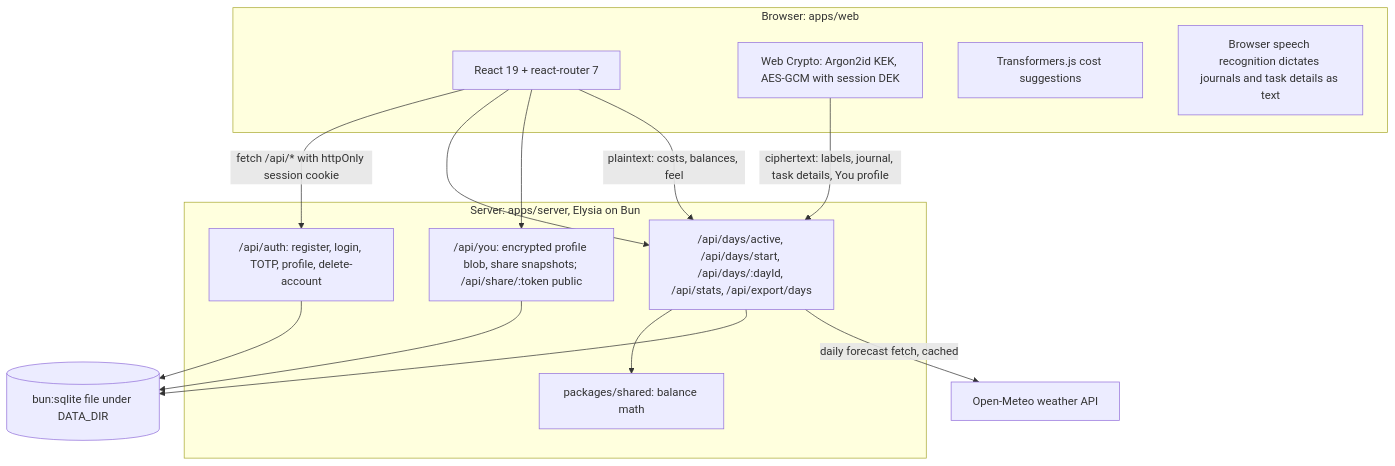
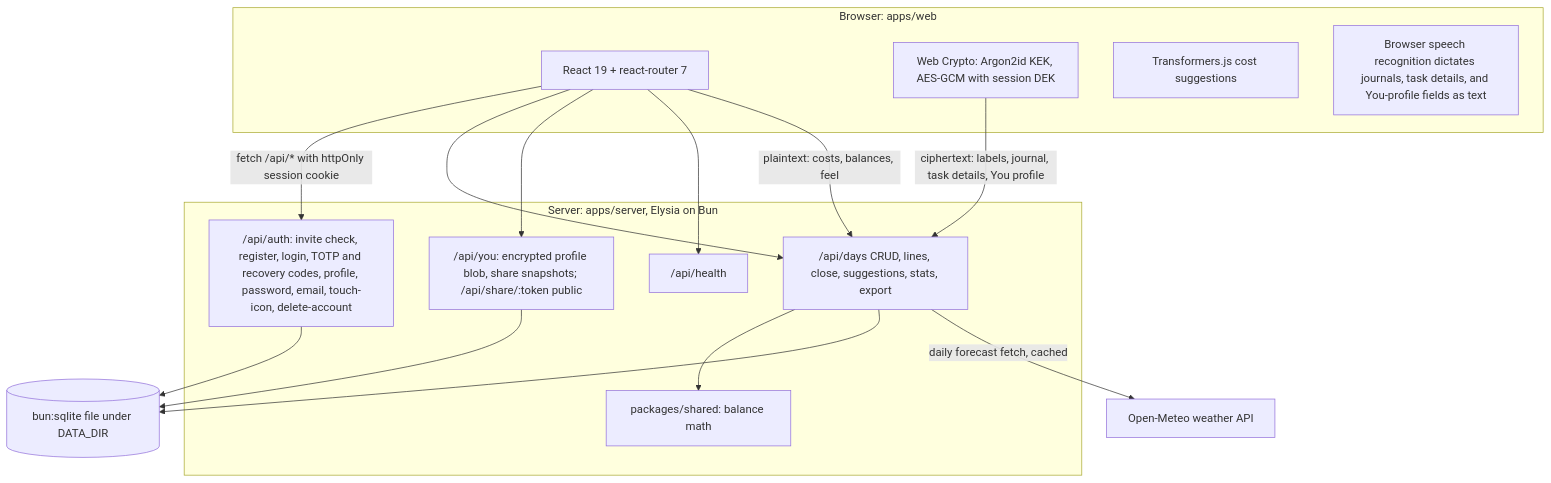
The first of 2 diagrams in ARCHITECTURE.md (97115104/energyaccounting), drawn with Mermaid before and after one commit. The commit also changed other lines of this file and 9 other files, not shown here.

Commit message:
Update architecture documentation and enhance .gitignore: Refine the architecture overview for clarity, including detailed API surface and frontend routes. Add .tmp* to .gitignore to prevent temporary files from being tracked.

````diff
--- a/ARCHITECTURE.md
+++ b/ARCHITECTURE.md
@@ -7,27 +7,29 @@
 ```mermaid
 flowchart TB
   subgraph browser [Browser: apps/web]
     ui["React 19 + react-router 7"]
     webcrypto["Web Crypto: Argon2id KEK, AES-GCM with session DEK"]
     embed["Transformers.js cost suggestions"]
-    speech["Browser speech recognition dictates journals and task details as text"]
+    speech["Browser speech recognition dictates journals, task details, and You-profile fields as text"]
   end
   subgraph server [Server: apps/server, Elysia on Bun]
-    authr["/api/auth: register, login, TOTP, profile, delete-account"]
-    daysr["/api/days/active, /api/days/start, /api/days/:dayId, /api/stats, /api/export/days"]
+    authr["/api/auth: invite check, register, login, TOTP and recovery codes, profile, password, email, touch-icon, delete-account"]
+    daysr["/api/days CRUD, lines, close, suggestions, stats, export"]
     your["/api/you: encrypted profile blob, share snapshots; /api/share/:token public"]
+    health["/api/health"]
     shared["packages/shared: balance math"]
   end
   db[("bun:sqlite file under DATA_DIR")]
   meteo["Open-Meteo weather API"]
   ui -->|"fetch /api/* with httpOnly session cookie"| authr
   ui --> daysr
   ui --> your
+  ui --> health
   webcrypto -->|"ciphertext: labels, journal, task details, You profile"| daysr
   ui -->|"plaintext: costs, balances, feel"| daysr
   daysr --> shared
   authr --> db
   daysr --> db
   your --> db
   daysr -->|"daily forecast fetch, cached"| meteo
 ```
````
